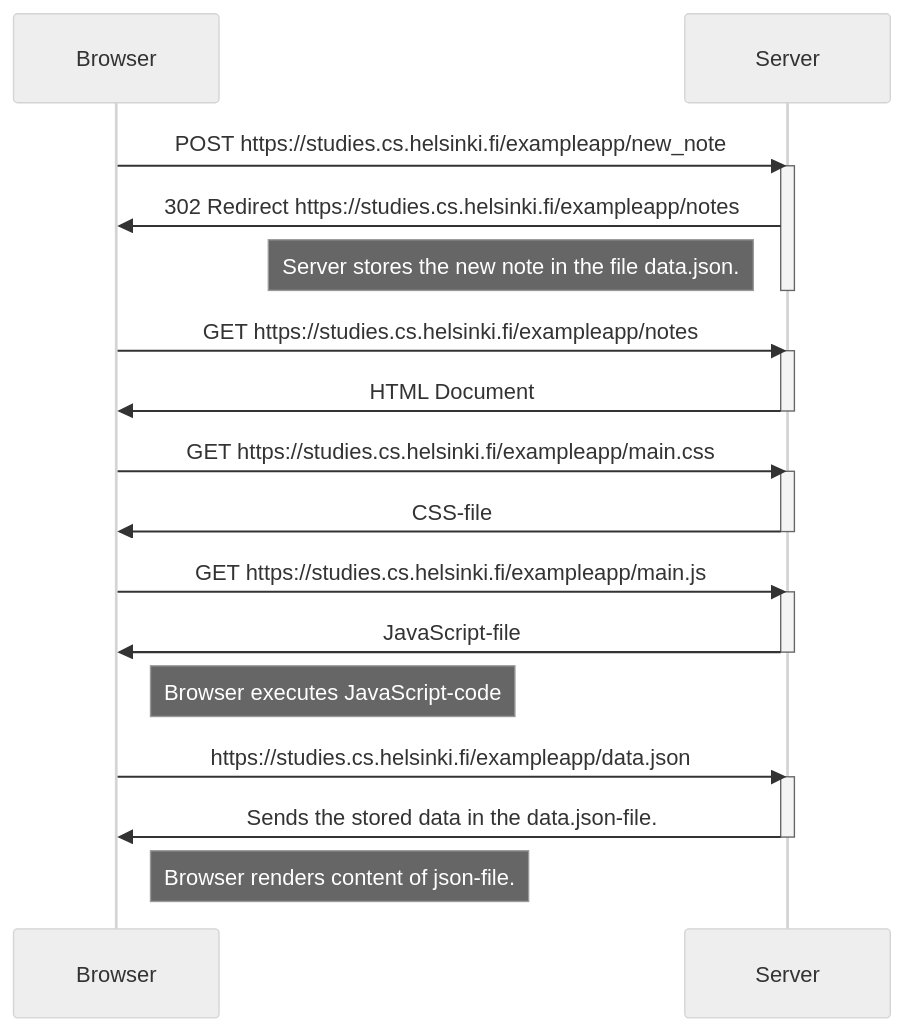
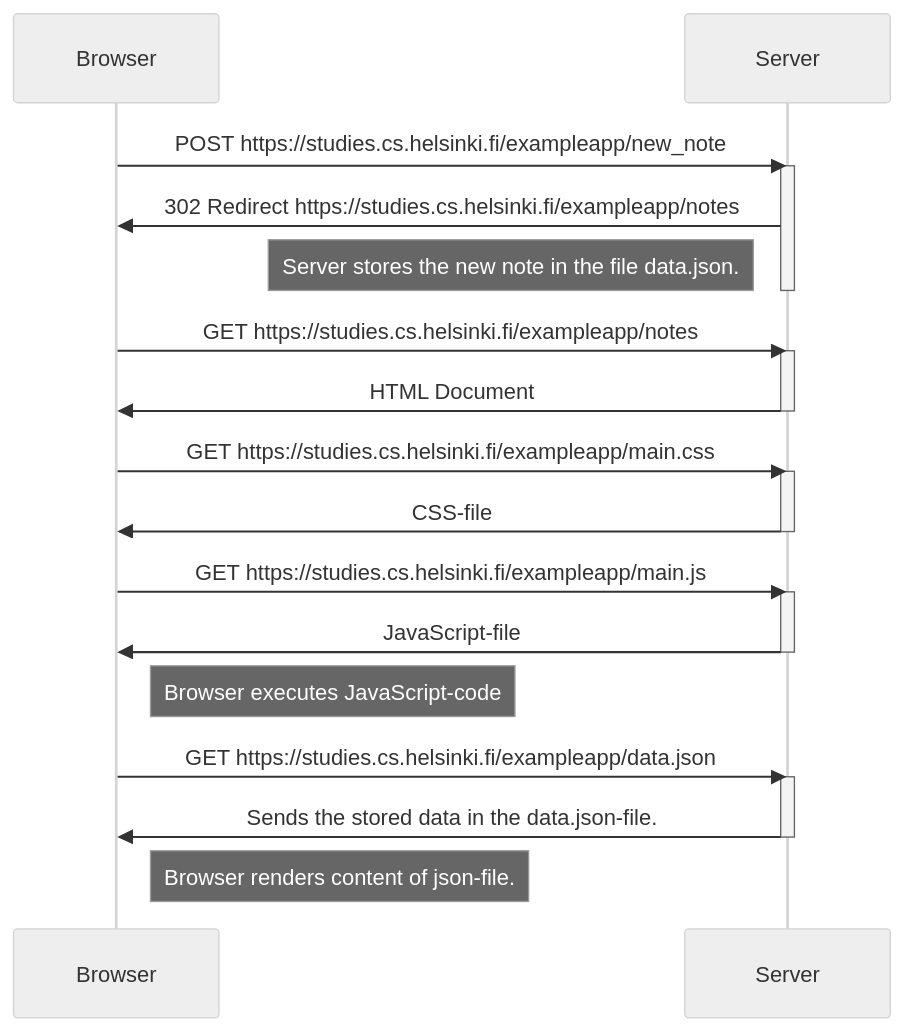
Before and after one commit to DennisJosefsson/FullStackOpen: the diagram in part0/04.md, drawn with Mermaid (neutral theme).

````diff
--- a/part0/04.md
+++ b/part0/04.md
@@ -1,28 +1,28 @@
 ```mermaid
 sequenceDiagram
     participant Browser
     participant Server
     Browser->>Server: POST https://studies.cs.helsinki.fi/exampleapp/new_note
     activate Server
     Server->>Browser: 302 Redirect https://studies.cs.helsinki.fi/exampleapp/notes
     Note left of Server: Server stores the new note in the file data.json.
     deactivate Server
     Browser->>Server: GET https://studies.cs.helsinki.fi/exampleapp/notes
     activate Server
     Server->>Browser: HTML Document
     deactivate Server
     Browser->>Server: GET https://studies.cs.helsinki.fi/exampleapp/main.css
     activate Server
     Server->>Browser: CSS-file
     deactivate Server
     Browser->>Server: GET https://studies.cs.helsinki.fi/exampleapp/main.js
     activate Server
     Server->>Browser: JavaScript-file
     deactivate Server
     Note right of Browser: Browser executes JavaScript-code
-    Browser->>Server: https://studies.cs.helsinki.fi/exampleapp/data.json
+    Browser->>Server: GET https://studies.cs.helsinki.fi/exampleapp/data.json
     activate Server
     Server->>Browser: Sends the stored data in the data.json-file.
     deactivate Server
     Note right of Browser: Browser renders content of json-file.
 ```
````
